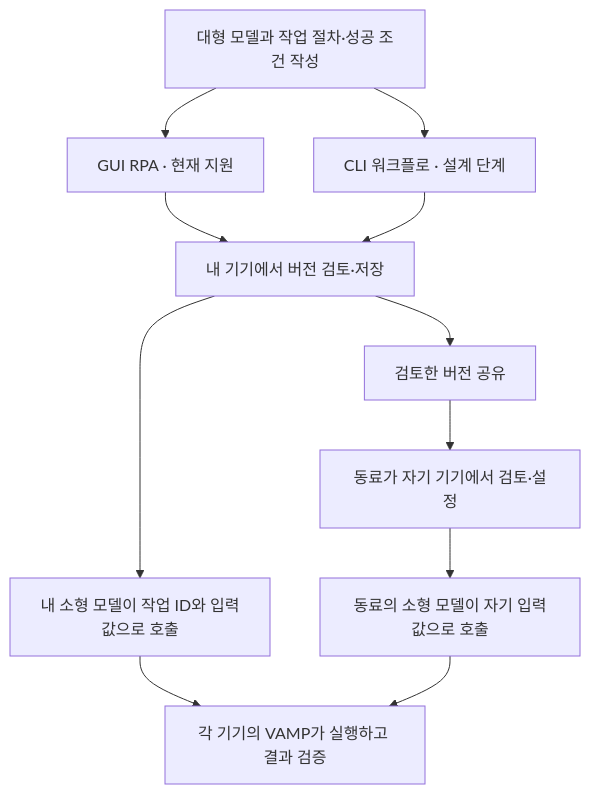
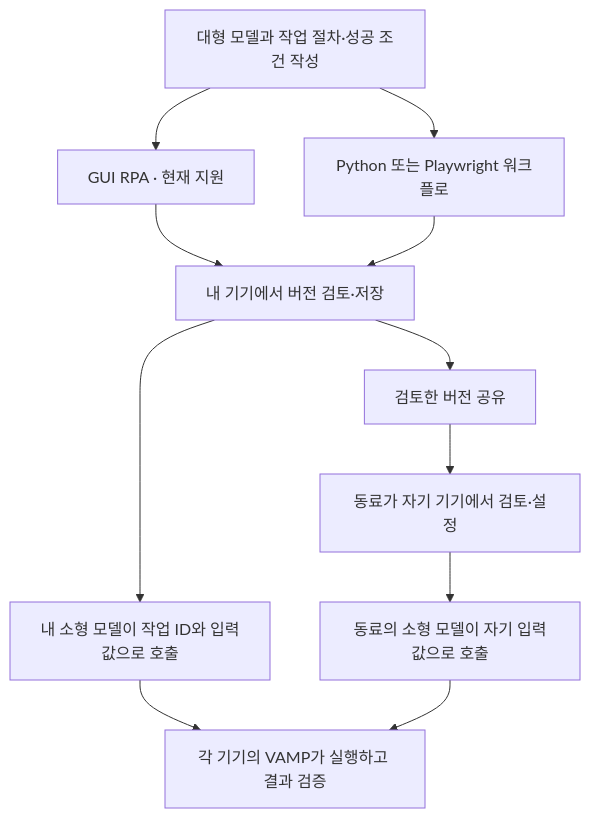
Before and after one commit to wayfarer6/vamp-mcp: the first of 2 diagrams in README.ko.md, drawn with Mermaid. The commit also changed other lines of this file and 18 other files, not shown here.

````diff
--- a/README.ko.md
+++ b/README.ko.md
@@ -45,13 +45,13 @@
 ```mermaid
 flowchart TD
     A["대형 모델과 작업 절차·성공 조건 작성"] --> G["GUI RPA · 현재 지원"]
-    A --> C["CLI 워크플로 · 설계 단계"]
+    A --> C["Python 또는 Playwright 워크플로"]
     G --> L["내 기기에서 버전 검토·저장"]
     C --> L
     L --> M["내 소형 모델이 작업 ID와 입력값으로 호출"]
     L --> P["검토한 버전 공유"]
     P --> T["동료가 자기 기기에서 검토·설정"]
     T --> N["동료의 소형 모델이 자기 입력값으로 호출"]
     M --> R["각 기기의 VAMP가 실행하고 결과 검증"]
     N --> R
 ```
````
